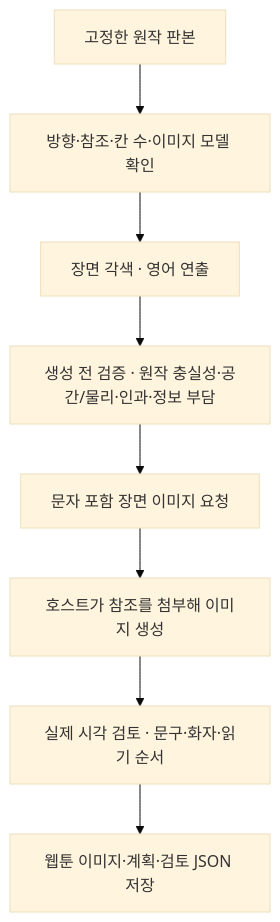
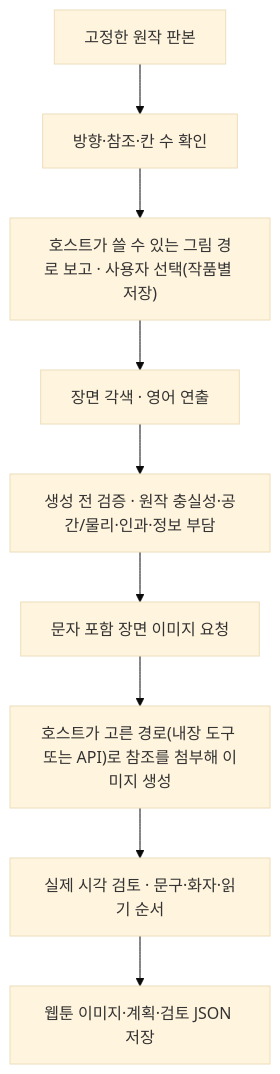
The fourth of 6 diagrams in docs/ARCHITECTURE.md (fbwndrud/vibelore), drawn with Mermaid (base theme) before and after one commit. The commit also changed other lines of this file and 17 other files, not shown here.

````diff
--- a/docs/ARCHITECTURE.md
+++ b/docs/ARCHITECTURE.md
@@ -108,10 +108,11 @@
 ```mermaid
 flowchart TD
-    S["고정한 원작 판본"] --> I["방향·참조·칸 수·이미지 모델 확인"]
-    I --> D["장면 각색 · 영어 연출"]
+    S["고정한 원작 판본"] --> I["방향·참조·칸 수 확인"]
+    I --> R["호스트가 쓸 수 있는 그림 경로 보고 · 사용자 선택(작품별 저장)"]
+    R --> D["장면 각색 · 영어 연출"]
     D --> C["생성 전 검증 · 원작 충실성·공간/물리·인과·정보 부담"]
     C --> J["문자 포함 장면 이미지 요청"]
-    J --> H["호스트가 참조를 첨부해 이미지 생성"]
+    J --> H["호스트가 고른 경로(내장 도구 또는 API)로 참조를 첨부해 이미지 생성"]
     H --> V2["실제 시각 검토 · 문구·화자·읽기 순서"]
     V2 --> O["웹툰 이미지·계획·검토 JSON 저장"]
 ```
````
